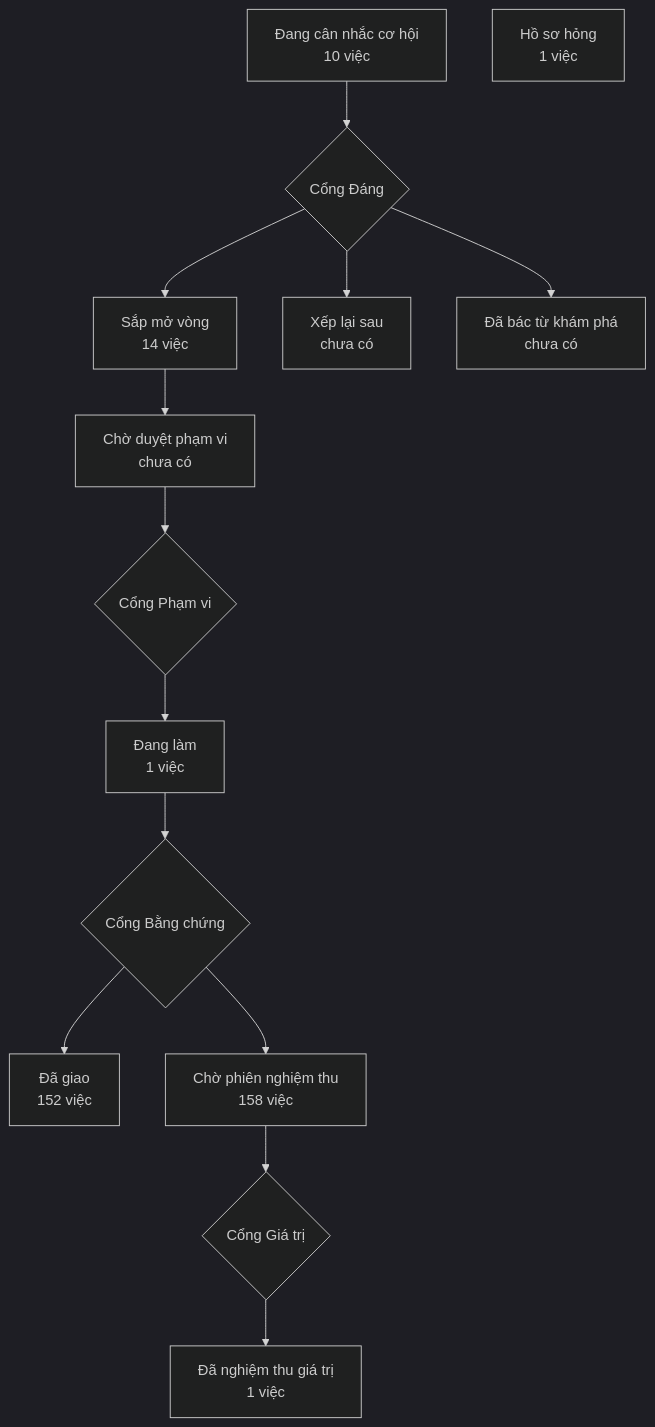
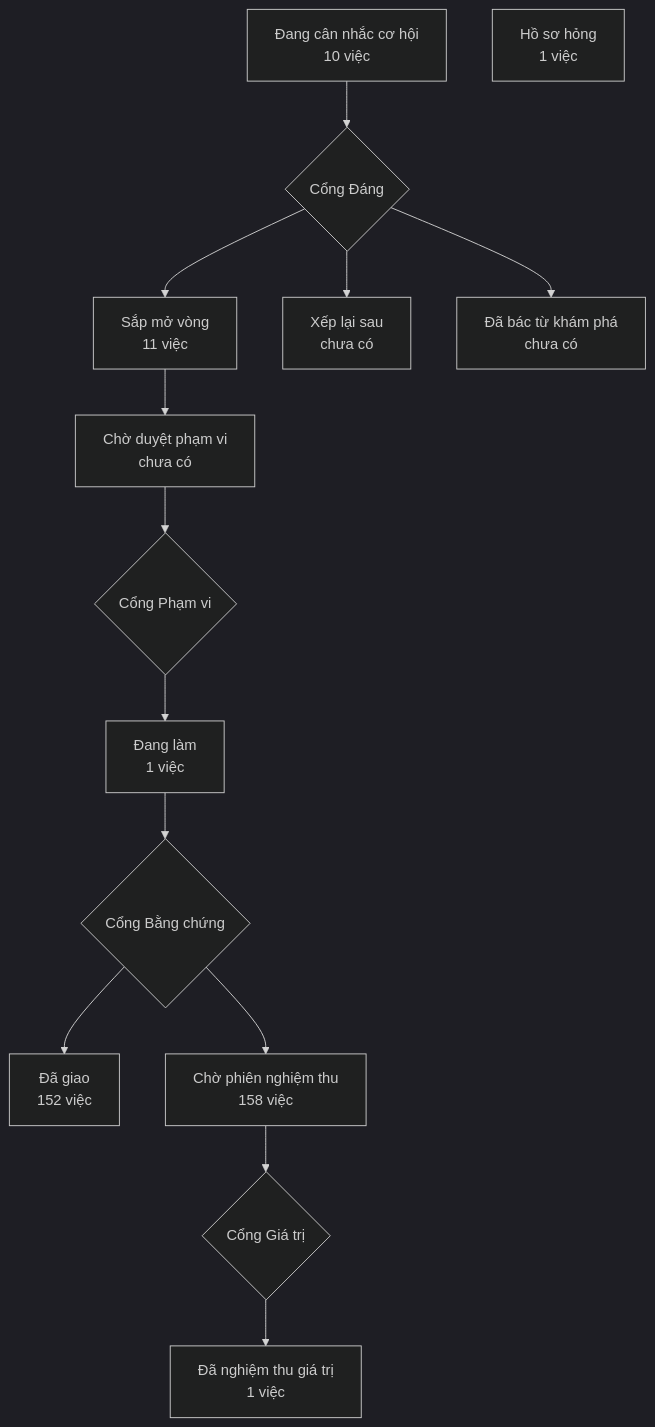
The diagram in PRODUCT-MAP.md (phanlemanh/crm-onehub), drawn with Mermaid (dark theme) before and after one commit. The commit also changed other lines of this file and 1 other file, not shown here.

````diff
--- a/PRODUCT-MAP.md
+++ b/PRODUCT-MAP.md
@@ -7,13 +7,13 @@
 ```mermaid
 flowchart TD
   A["Đang cân nhắc cơ hội<br/>10 việc"] --> GD{"Cổng Đáng"}
-  GD --> B["Sắp mở vòng<br/>14 việc"]
+  GD --> B["Sắp mở vòng<br/>11 việc"]
   GD --> XL["Xếp lại sau<br/>chưa có"]
   GD --> DB["Đã bác từ khám phá<br/>chưa có"]
   B --> CD["Chờ duyệt phạm vi<br/>chưa có"] --> GP{"Cổng Phạm vi"}
   GP --> DL["Đang làm<br/>1 việc"] --> GB{"Cổng Bằng chứng"}
   GB --> DG["Đã giao<br/>152 việc"]
   GB --> CN["Chờ phiên nghiệm thu<br/>158 việc"] --> GG{"Cổng Giá trị"}
   GG --> NT["Đã nghiệm thu giá trị<br/>1 việc"]
   HS["Hồ sơ hỏng<br/>1 việc"]
 ```
````
